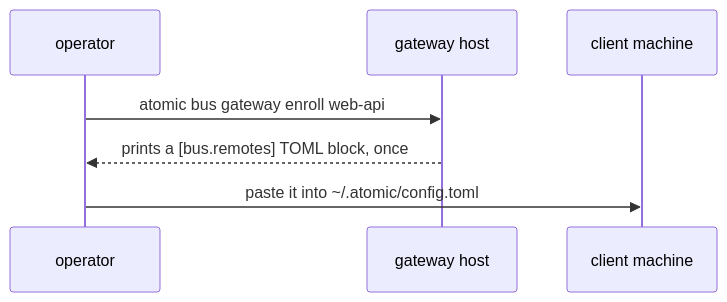
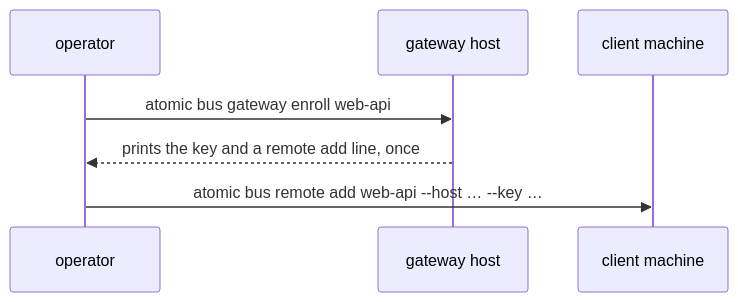
One commit to damusix/atomic-claude changed the second of 2 diagrams in docs/guides/bus-hosting.md. Above: the diagram before and after it, drawn with Mermaid. The commit also changed other lines of this file and 26 other files, not shown here.

First line of the commit message:
feat(bus): add atomic bus remote add|list|test|remove

````diff
--- a/docs/guides/bus-hosting.md
+++ b/docs/guides/bus-hosting.md
@@ -87,10 +87,10 @@
 ```mermaid
 sequenceDiagram
     participant O as operator
     participant G as gateway host
     participant C as client machine
 
     O->>G: atomic bus gateway enroll web-api
-    G-->>O: prints a [bus.remotes] TOML block, once
-    O->>C: paste it into ~/.atomic/config.toml
+    G-->>O: prints the key and a remote add line, once
+    O->>C: atomic bus remote add web-api --host … --key …
 ```
````
